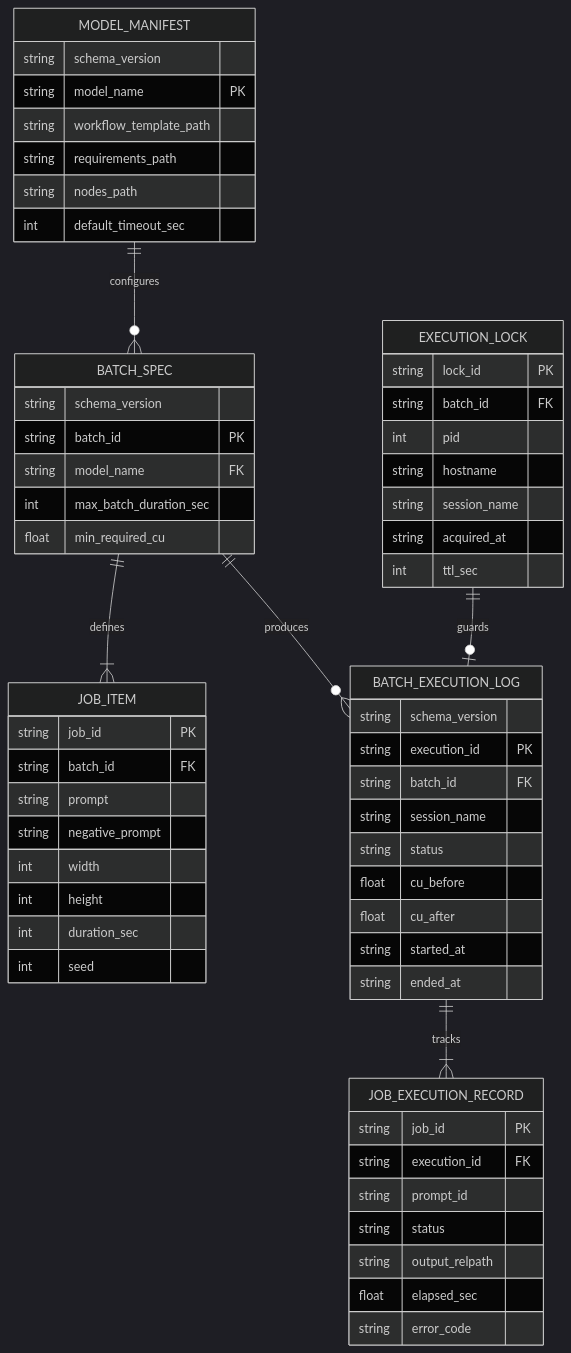
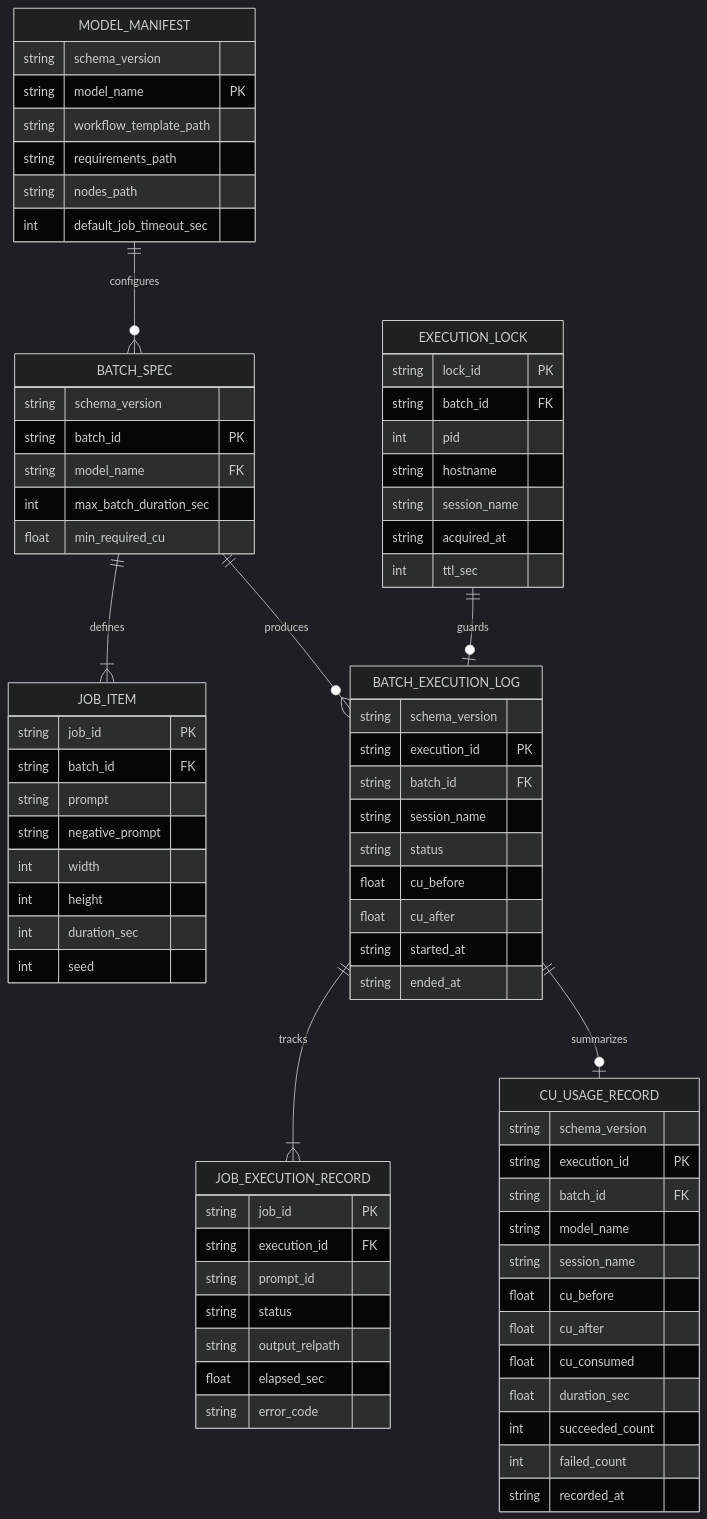
Before and after one commit to xzyozi/colab-cli-comfyui-runner: the diagram in docs/design/CCR-DS-001_データ構造仕様書.md, drawn with Mermaid (dark theme). The commit also changed other lines of this file and 1 other file, not shown here.

````diff
--- a/docs/design/CCR-DS-001_データ構造仕様書.md
+++ b/docs/design/CCR-DS-001_データ構造仕様書.md
@@ -76,63 +77,78 @@
 ```mermaid
 erDiagram
     MODEL_MANIFEST ||--o{ BATCH_SPEC : configures
     BATCH_SPEC ||--|{ JOB_ITEM : defines
     BATCH_SPEC ||--o{ BATCH_EXECUTION_LOG : produces
     BATCH_EXECUTION_LOG ||--|{ JOB_EXECUTION_RECORD : tracks
+    BATCH_EXECUTION_LOG ||--o| CU_USAGE_RECORD : summarizes
     EXECUTION_LOCK ||--o| BATCH_EXECUTION_LOG : guards
 
     MODEL_MANIFEST {
         string schema_version
         string model_name PK
         string workflow_template_path
         string requirements_path
         string nodes_path
-        int default_timeout_sec
+        int default_job_timeout_sec
     }
     BATCH_SPEC {
         string schema_version
         string batch_id PK
         string model_name FK
         int max_batch_duration_sec
         float min_required_cu
     }
     JOB_ITEM {
         string job_id PK
         string batch_id FK
         string prompt
         string negative_prompt
         int width
         int height
         int duration_sec
         int seed
     }
     BATCH_EXECUTION_LOG {
         string schema_version
         string execution_id PK
         string batch_id FK
         string session_name
         string status
         float cu_before
         float cu_after
         string started_at
         string ended_at
     }
     JOB_EXECUTION_RECORD {
         string job_id PK
         string execution_id FK
         string prompt_id
         string status
         string output_relpath
         float elapsed_sec
         string error_code
     }
+    CU_USAGE_RECORD {
+        string schema_version
+        string execution_id PK
+        string batch_id FK
+        string model_name
+        string session_name
+        float cu_before
+        float cu_after
+        float cu_consumed
+        float duration_sec
+        int succeeded_count
+        int failed_count
+        string recorded_at
+    }
     EXECUTION_LOCK {
         string lock_id PK
         string batch_id FK
         int pid
         string hostname
         string session_name
         string acquired_at
         int ttl_sec
     }
 ```
````
